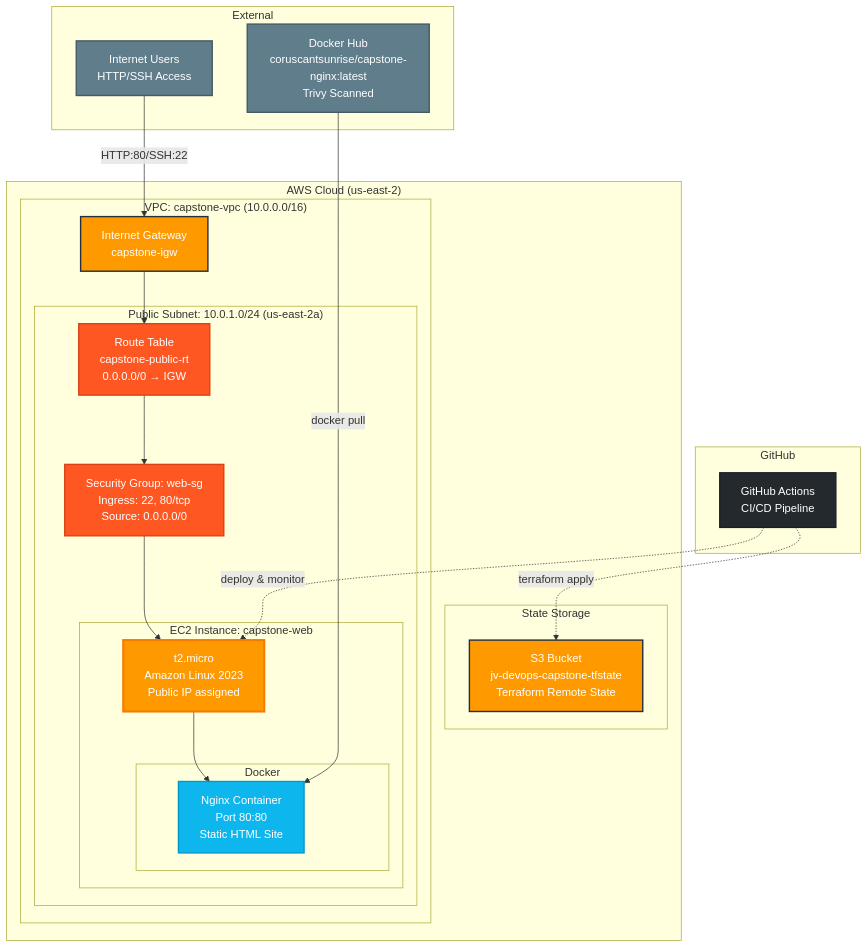
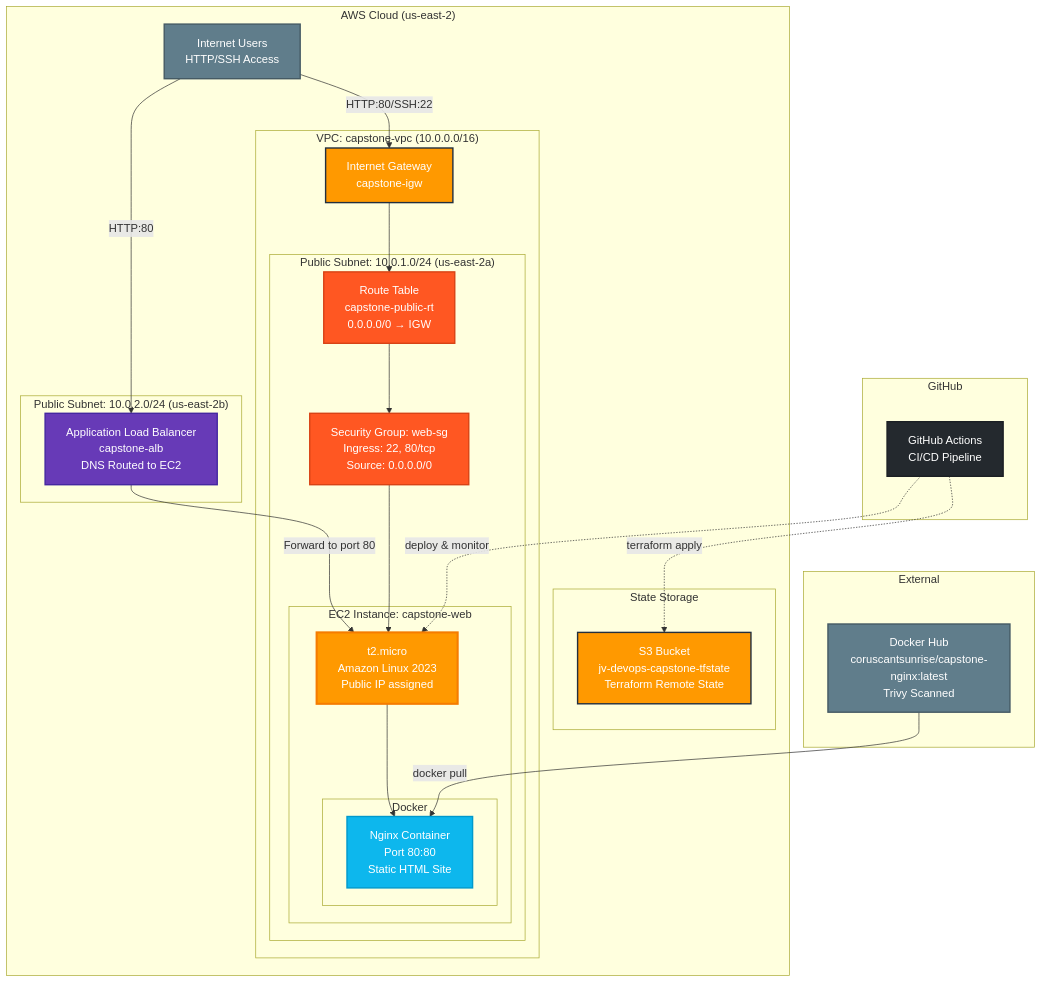
The diagram in README.md (jasonvandeventer/terraform_capstone), drawn with Mermaid before and after one commit. The commit also changed other lines of this file and 4 other files, not shown here.

````diff
--- a/README.md
+++ b/README.md
@@ -33,64 +33,73 @@
 ```mermaid
 graph TB
     subgraph "GitHub"
         GHA[GitHub Actions<br/>CI/CD Pipeline]
     end
 
     subgraph "AWS Cloud (us-east-2)"
         subgraph "State Storage"
             S3_BUCKET[S3 Bucket<br/>jv-devops-capstone-tfstate<br/>Terraform Remote State]
         end
 
         subgraph "VPC: capstone-vpc (10.0.0.0/16)"
             IGW[Internet Gateway<br/>capstone-igw]
 
             subgraph "Public Subnet: 10.0.1.0/24 (us-east-2a)"
                 RT[Route Table<br/>capstone-public-rt<br/>0.0.0.0/0 → IGW]
                 SG[Security Group: web-sg<br/>Ingress: 22, 80/tcp<br/>Source: 0.0.0.0/0]
 
                 subgraph "EC2 Instance: capstone-web"
                     EC2[t2.micro<br/>Amazon Linux 2023<br/>Public IP assigned]
                     subgraph "Docker"
                         NGINX[Nginx Container<br/>Port 80:80<br/>Static HTML Site]
                     end
                 end
             end
         end
+
+        subgraph "Public Subnet: 10.0.2.0/24 (us-east-2b)"
+                ALB[Application Load Balancer<br/>capstone-alb<br/>DNS Routed to EC2]
+            end
+
+            ALB -->|Forward to port 80| EC2
+            USERS -->|HTTP:80| ALB
     end
 
     subgraph "External"
         USERS[Internet Users<br/>HTTP/SSH Access]
         DOCKER_HUB[Docker Hub<br/>coruscantsunrise/capstone-nginx:latest<br/>Trivy Scanned]
     end
 
     %% Connections
     USERS -->|HTTP:80/SSH:22| IGW
     IGW --> RT
     RT --> SG
     SG --> EC2
     EC2 --> NGINX
 
     %% CI/CD Flow
     GHA -.->|terraform apply| S3_BUCKET
     GHA -.->|deploy & monitor| EC2
 
     %% Container Flow
     DOCKER_HUB -->|docker pull| NGINX
 
     %% Styling
     classDef aws fill:#FF9900,stroke:#232F3E,stroke-width:2px,color:#fff
     classDef vpc fill:#4CAF50,stroke:#2E7D32,stroke-width:2px,color:#fff
     classDef subnet fill:#2196F3,stroke:#1565C0,stroke-width:2px,color:#fff
     classDef security fill:#FF5722,stroke:#D84315,stroke-width:2px,color:#fff
     classDef compute fill:#FF9900,stroke:#F57C00,stroke-width:3px,color:#fff
     classDef container fill:#0db7ed,stroke:#0099cc,stroke-width:2px,color:#fff
     classDef external fill:#607D8B,stroke:#455A64,stroke-width:2px,color:#fff
     classDef cicd fill:#24292e,stroke:#1B1F23,stroke-width:2px,color:#fff
+    classDef loadbalancer fill:#673AB7,stroke:#4527A0,stroke-width:2px,color:#fff
 
     class S3_BUCKET,IGW aws
     class RT,SG security
     class EC2 compute
     class NGINX container
     class USERS,DOCKER_HUB external
     class GHA cicd
+    class ALB loadbalancer
 ```
````
